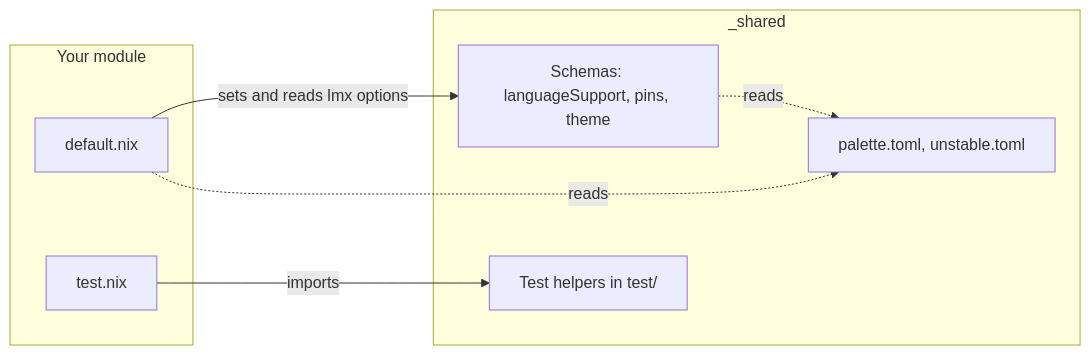
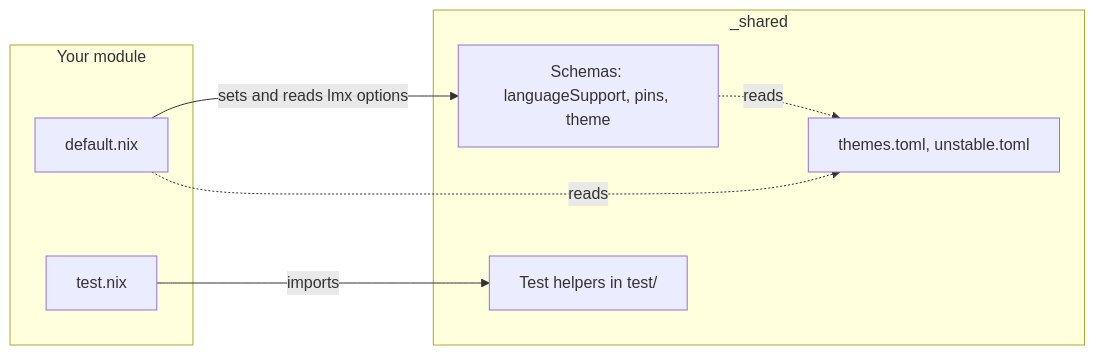
One commit to limanix/modules changed the first of 2 diagrams in catalog/_shared/README.md. Above: the diagram before and after it, drawn with Mermaid. The commit also changed other lines of this file and 79 other files, not shown here.

````diff
--- a/catalog/_shared/README.md
+++ b/catalog/_shared/README.md
@@ -7,16 +7,16 @@
 ```mermaid
 flowchart LR
     subgraph mod[Your module]
         default[default.nix]
         test[test.nix]
     end
     subgraph shared[_shared]
         schemas[Schemas: languageSupport, pins, theme]
         helpers[Test helpers in test/]
-        data[palette.toml, unstable.toml]
+        data[themes.toml, unstable.toml]
     end
     default -- sets and reads lmx options --> schemas
     default -. reads .-> data
     schemas -. reads .-> data
     test -- imports --> helpers
 ```
````
